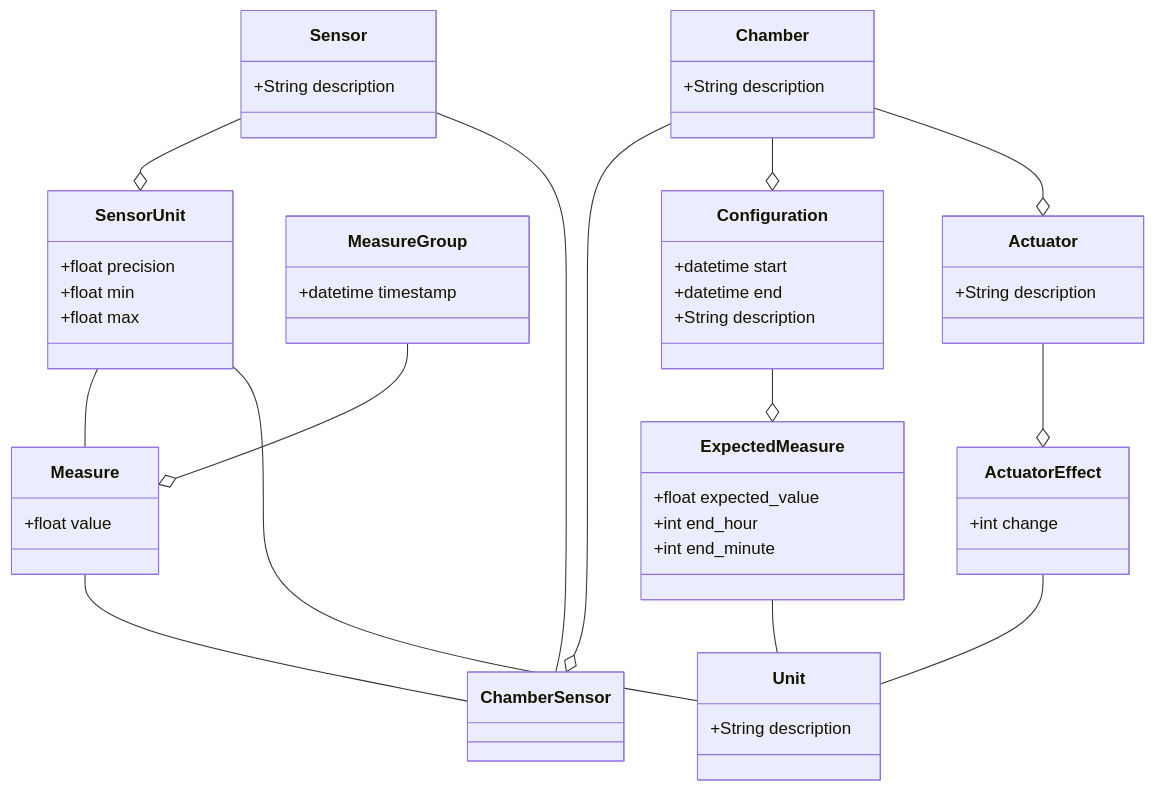
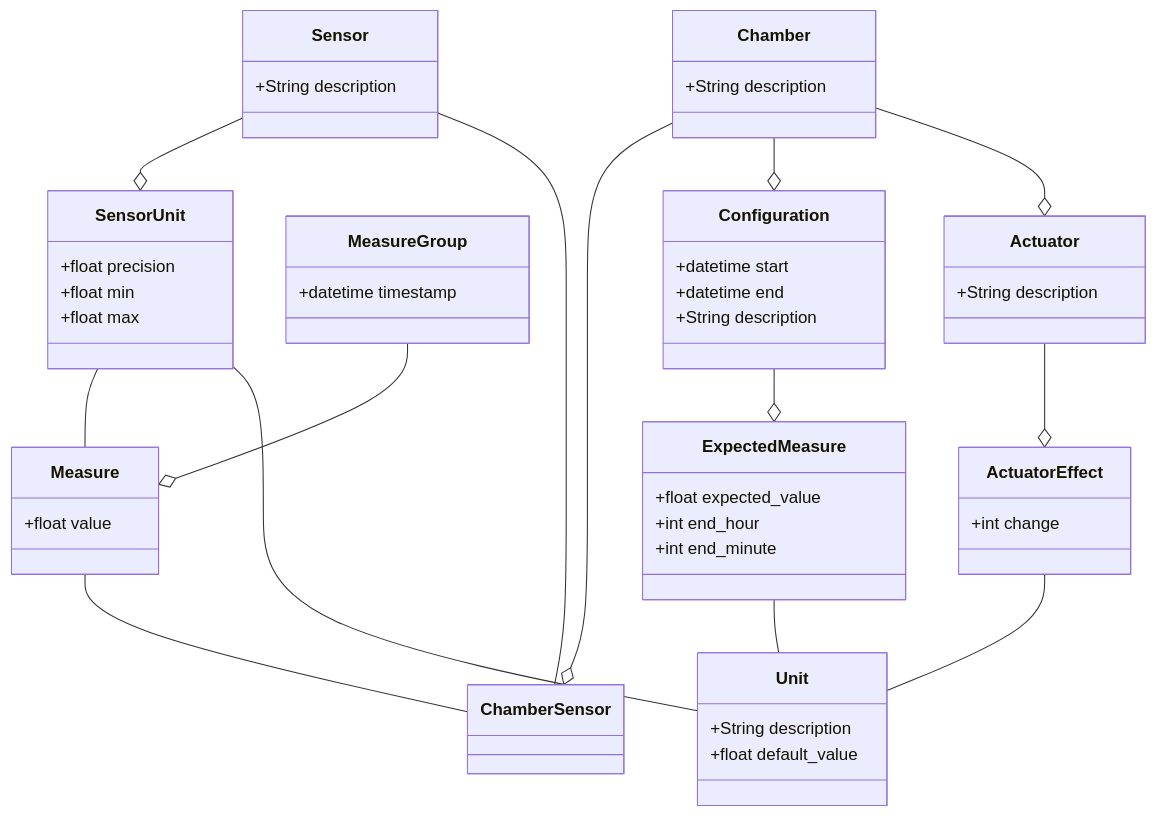
Before and after one commit to GrowCab/GC_database: the diagram in docs/database_design.md, drawn with Mermaid.

Commit message:
Add a default value for each unit to initialise intervals (ExpectedMeasure)

````diff
--- a/docs/database_design.md
+++ b/docs/database_design.md
@@ -1,70 +1,71 @@
 ```mermaid
 classDiagram
 
 class Sensor{
     +String description
 }
 
 class SensorUnit{
     +float precision
     +float min
     +float max
 }
 
 class Unit{
     +String description
+    +float default_value
 }
 
 class MeasureGroup{
     +datetime timestamp
 }
 
 class Measure{
     +float value
 }
 
 %% The first value of the intervals (0000)
 %% is implicit making the last interval
 %% (2359) always required. Any configuration
 %% of intervals in-between is be valid.
 class ExpectedMeasure{
     +float expected_value
     +int end_hour
     +int end_minute
 }
 
 %% The configuration API is required to request
 %% the units available for configuration through
 %% the ChamberSensor->SensorUnit->Unit relation
 class Configuration{
     +datetime start
     +datetime end
     +String description
 }
 class Chamber{
     +String description
 }
 
 class Actuator{
     +String description
 }
 
 class ActuatorEffect{
     +int change
 }
 
 MeasureGroup --o Measure
 Measure -- ChamberSensor
 SensorUnit -- Measure
 Sensor --o SensorUnit
 SensorUnit -- Unit
 Chamber --o ChamberSensor
 Sensor -- ChamberSensor
 ExpectedMeasure -- Unit
 Configuration --o ExpectedMeasure
 Chamber --o Configuration
 Chamber --o Actuator
 Actuator --o ActuatorEffect
 ActuatorEffect -- Unit
 
 ```
````
